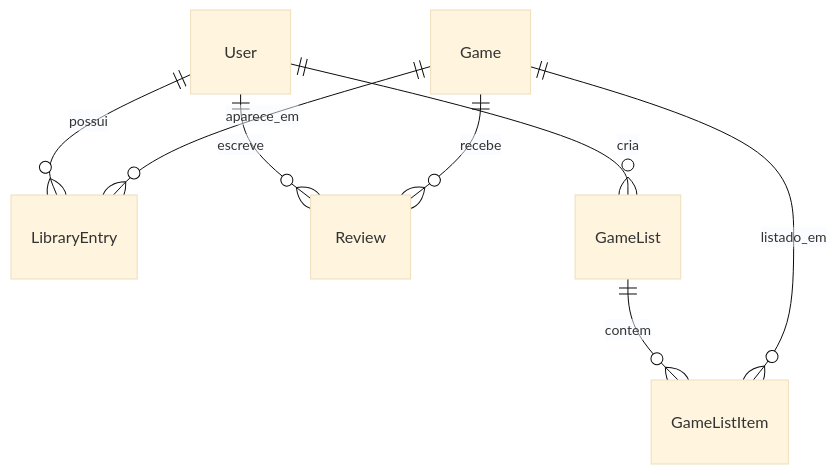
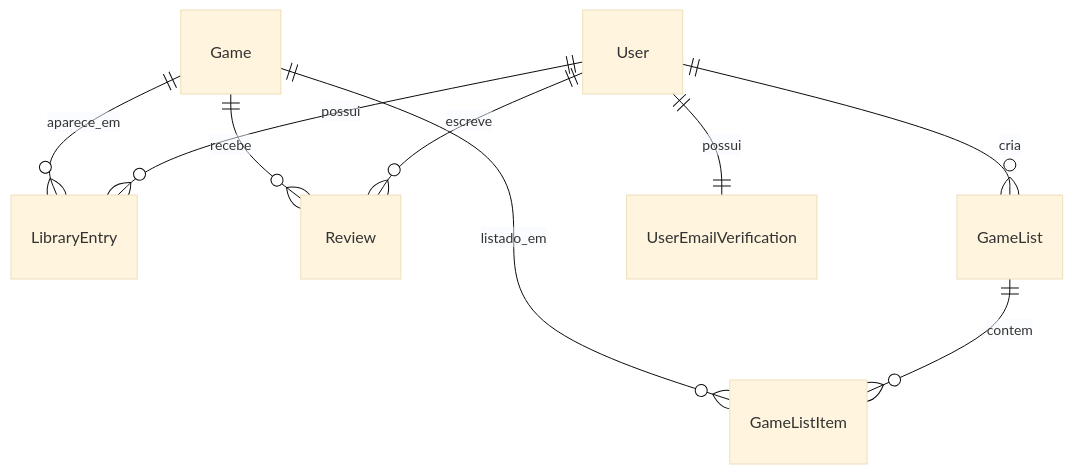
One commit to barao-maua/projeto-web-semestre-gamevault changed the diagram in Docs/Wiki/02 - Tecnico/Models.md. Above: the diagram before and after it, drawn with Mermaid (base theme). The commit also changed other lines of this file and 62 other files, not shown here.

````diff
--- a/Docs/Wiki/02 - Tecnico/Models.md
+++ b/Docs/Wiki/02 - Tecnico/Models.md
@@ -112,10 +127,11 @@
 ```mermaid
 erDiagram
     User ||--o{ LibraryEntry : possui
     Game ||--o{ LibraryEntry : aparece_em
     User ||--o{ Review : escreve
     Game ||--o{ Review : recebe
     User ||--o{ GameList : cria
     GameList ||--o{ GameListItem : contem
     Game ||--o{ GameListItem : listado_em
+    User ||--|| UserEmailVerification : possui
 ```
````
